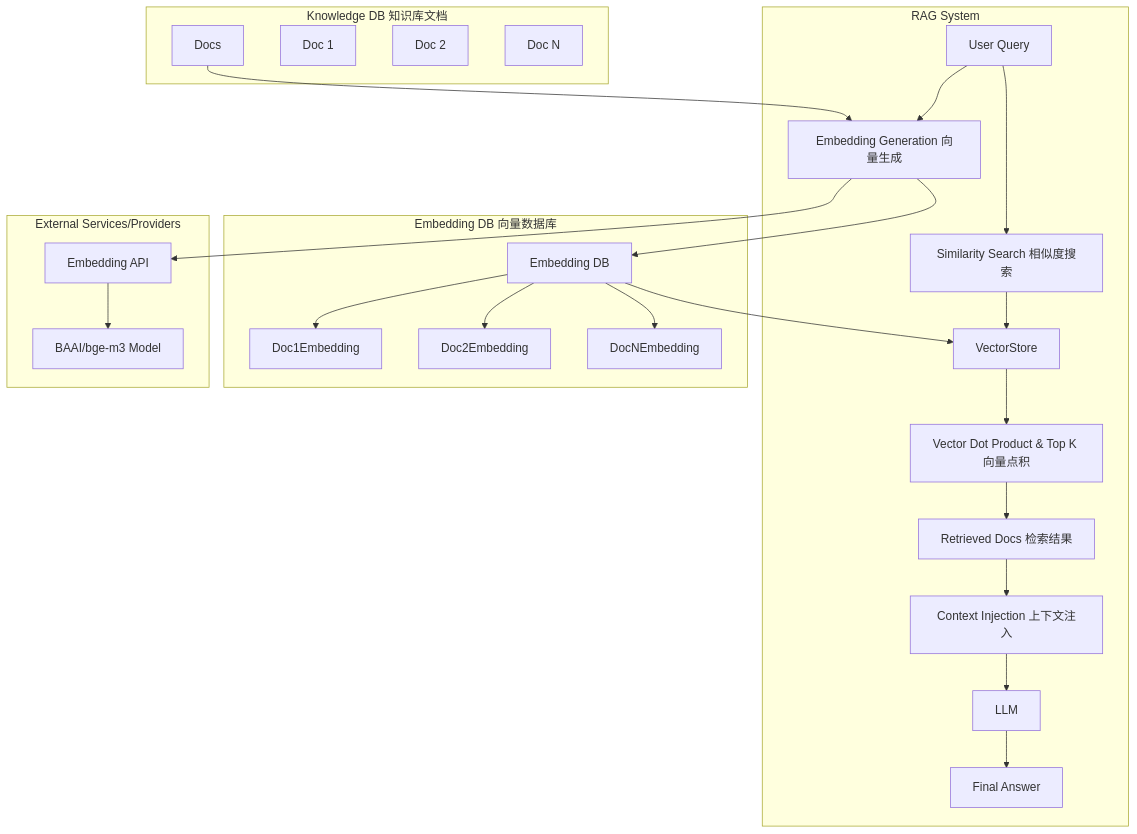
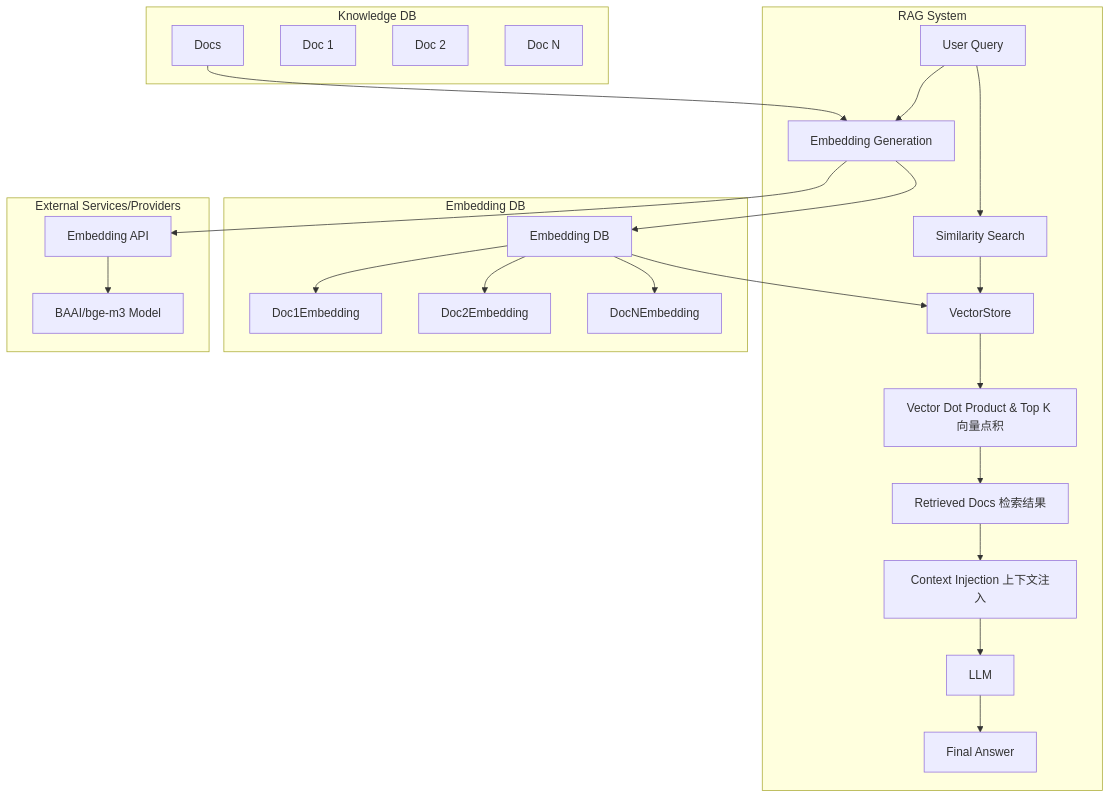
One commit to NEDONION/llm-mcp-rag-typescript changed the third of 6 diagrams in README.md. Above: the diagram before and after it, drawn with Mermaid. The commit also changed other lines of this file, not shown here.

````diff
--- a/README.md
+++ b/README.md
@@ -140,56 +140,56 @@
 ```mermaid
 graph TB
   subgraph "RAG System"
     Q[User Query]
-    E[Embedding Generation 向量生成]
-    S[Similarity Search 相似度搜索]
+    E[Embedding Generation]
+    S[Similarity Search]
     VS[VectorStore ]
     VI[Vector Dot Product & Top K 向量点积]
     R[Retrieved Docs 检索结果]
     C[Context Injection 上下文注入]
     LLM[LLM]
     A[Final Answer]
   end
 
-  subgraph "Embedding DB 向量数据库"
+  subgraph "Embedding DB"
     DB[Embedding DB]
     D1[Doc1Embedding]
     D2[Doc2Embedding]
     DN[DocNEmbedding]
   end
 
-  subgraph "Knowledge DB 知识库文档"
+  subgraph "Knowledge DB"
     KB[Docs]
     K1[Doc 1]
     K2[Doc 2]
     KN[Doc N]
   end
 
   subgraph "External Services/Providers"
     EM[Embedding API]
     BGE[BAAI/bge-m3 Model]
   end
 
 %% Embedding Generation
   Q --> E
   E --> EM
   EM --> BGE
 
 %% Upload & Embedding
   KB --> E
   E --> DB
   DB --> D1
   DB --> D2
   DB --> DN
 
 %% Load to VectorStore
   DB --> VS
   VS --> VI
 
 %% Retrieval flow
   Q --> S
   S --> VS
   VI --> R
   R --> C
   C --> LLM --> A
 ```
````
